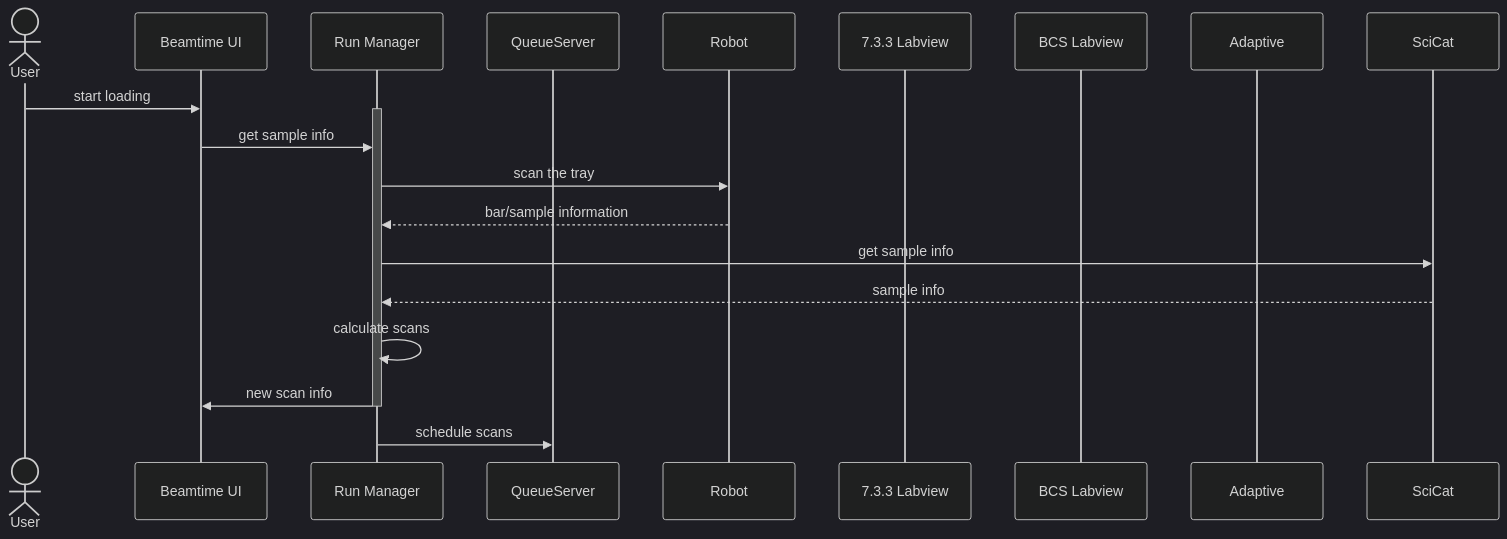
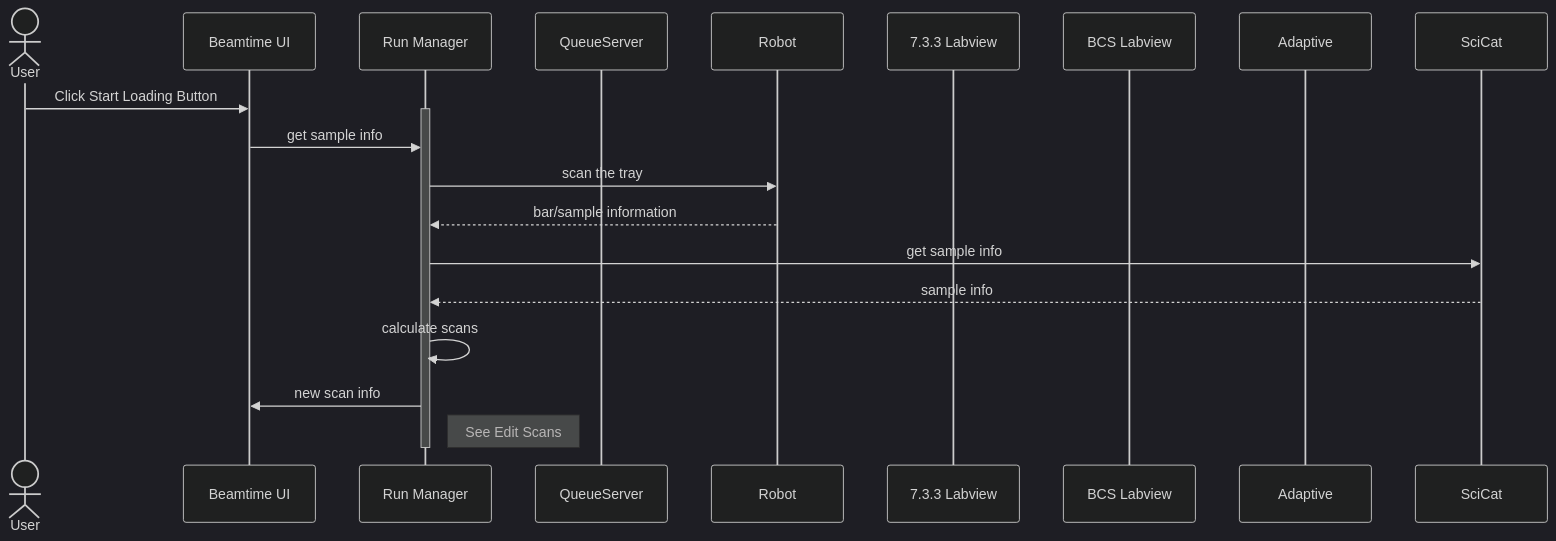
Before and after one commit to als-computing/radius_robotics_software_documentation: the diagram in docs/sequence_diagrams/load_scans.md, drawn with Mermaid (dark theme). The commit also changed 3 other files, not shown here.

Commit message:
new diagrams

````diff
--- a/docs/sequence_diagrams/load_scans.md
+++ b/docs/sequence_diagrams/load_scans.md
@@ -4,34 +4,33 @@
 ``` mermaid
 
 sequenceDiagram
 
 
 
     actor User
     participant beamtime_ui as Beamtime UI
     participant run_manager as Run Manager
     participant qs as QueueServer
     participant robot as Robot
     participant ericware as 7.3.3 Labview
     participant bcs as BCS Labview
     participant adaptive as Adaptive
     participant scicat as SciCat
 
-    User ->> beamtime_ui: start loading
+    User ->> beamtime_ui: Click Start Loading Button
     
     activate run_manager
         beamtime_ui ->> run_manager: get sample info
         
         run_manager ->> robot: scan the tray
         robot -->> run_manager: bar/sample information
         run_manager ->> scicat: get sample info
         scicat -->> run_manager: sample info
         run_manager ->> run_manager: calculate scans
         run_manager ->> beamtime_ui: new scan info
         
-        
+        note right of run_manager: See Edit Scans
     deactivate run_manager
     
-    run_manager ->> qs: schedule scans
 
 ```
````
